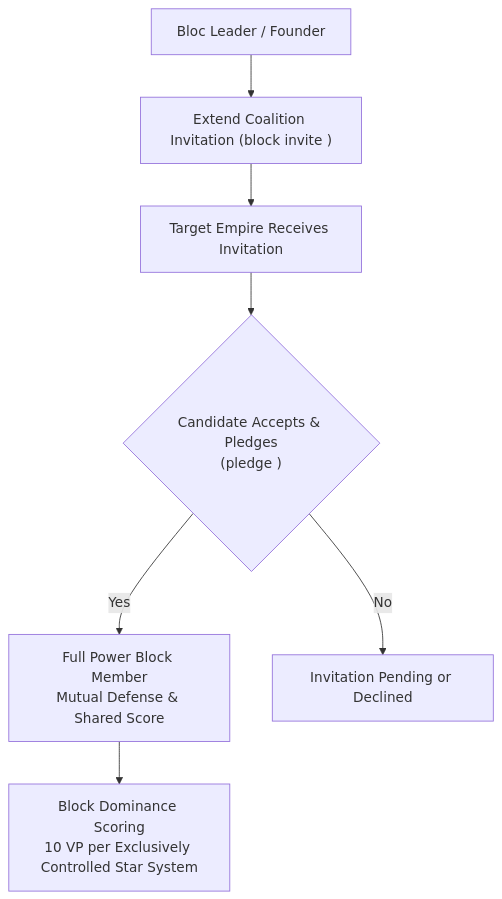
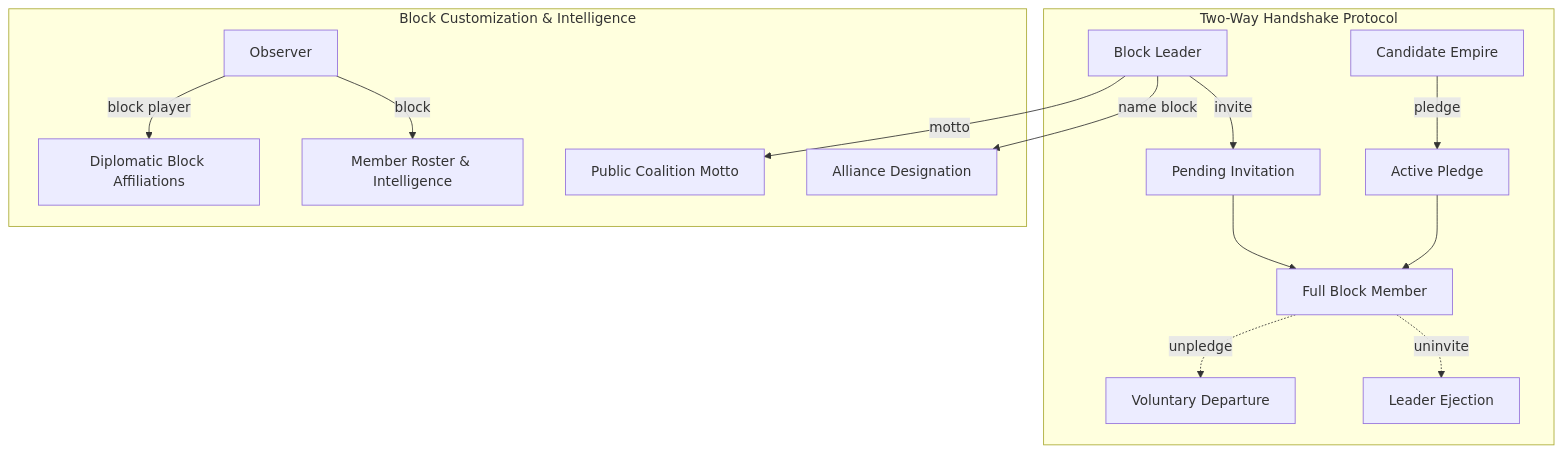
One commit to kaladron/galactic-bloodshed changed the third of 5 diagrams in docs/diplomacy.md. Above: the diagram before and after it, drawn with Mermaid. The commit also changed other lines of this file, not shown here.

First line of the commit message:
docs(diplomacy): clarify power block commands, lifecycle, and scoring mechanics

````diff
--- a/docs/diplomacy.md
+++ b/docs/diplomacy.md
@@ -44,10 +44,17 @@
 ```mermaid
 flowchart TD
-    Leader["Bloc Leader / Founder"] --> Invite["Extend Coalition Invitation (block invite <player>)"]
-    Invite --> Candidate["Target Empire Receives Invitation"]
-    Candidate --> Pledge{"Candidate Accepts & Pledges\n(pledge <leader_id>)"}
-    Pledge -->|Yes| Member["Full Power Block Member\nMutual Defense & Shared Score"]
-    Pledge -->|No| Reject["Invitation Pending or Declined"]
-    
-    Member --> SystemScore["Block Dominance Scoring\n10 VP per Exclusively Controlled Star System"]
+    subgraph Handshake["Two-Way Handshake Protocol"]
+        Leader["Block Leader"] -->|"invite <race>"| Invited["Pending Invitation"]
+        Candidate["Candidate Empire"] -->|"pledge <leader>"| Pledged["Active Pledge"]
+        Invited & Pledged --> Member["Full Block Member"]
+        Member -.->|"uninvite <race>"| DisbandLeader["Leader Ejection"]
+        Member -.->|"unpledge <leader>"| DisbandMember["Voluntary Departure"]
+    end
+
+    subgraph Governance["Block Customization & Intelligence"]
+        Leader -->|"name block <name>"| BlockName["Alliance Designation"]
+        Leader -->|"motto <motto>"| BlockMotto["Public Coalition Motto"]
+        Viewer["Observer"] -->|"block <leader>"| Roster["Member Roster & Intelligence"]
+        Viewer -->|"block player <race>"| Status["Diplomatic Block Affiliations"]
+    end
 ```
````
